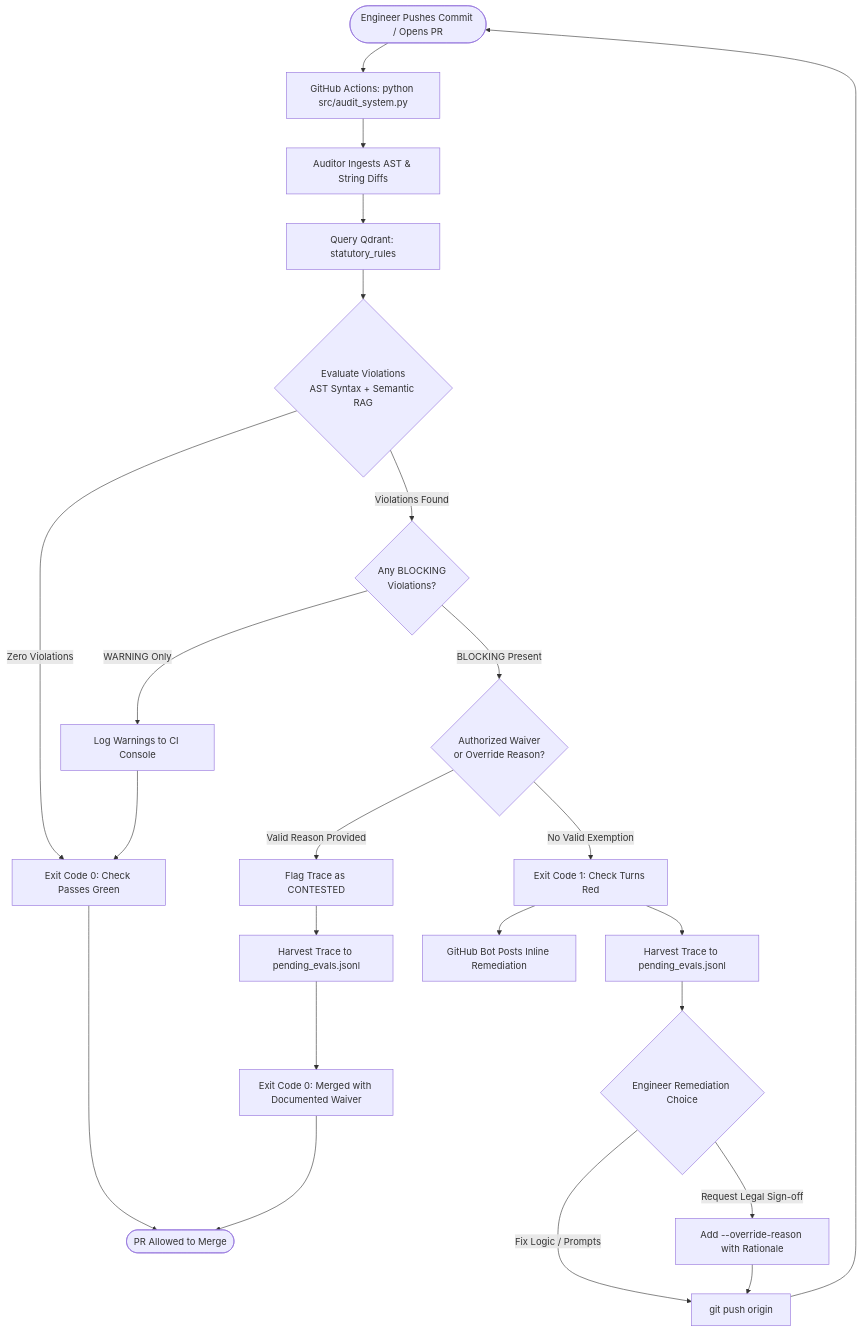
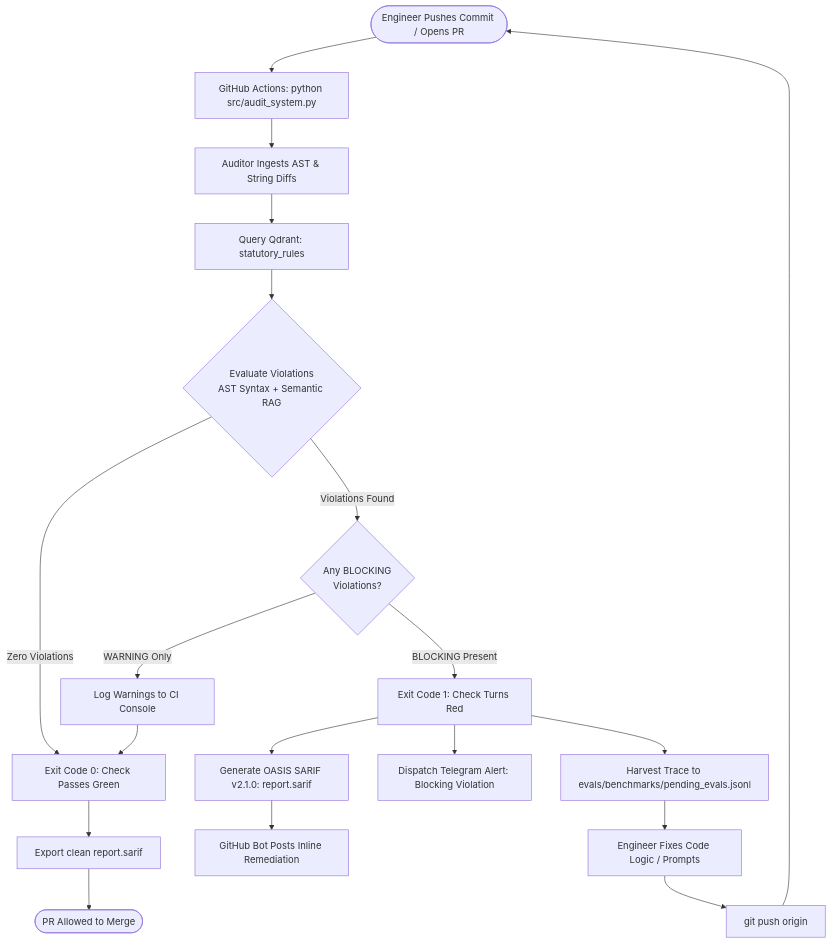
One commit to laxmitesting/ai-safety changed the diagram in docs/DECISION_TREE.md. Above: the diagram before and after it, drawn with Mermaid. The commit also changed 6 other files, not shown here.

````diff
--- a/docs/DECISION_TREE.md
+++ b/docs/DECISION_TREE.md
@@ -11,38 +11,30 @@
 ```mermaid
 flowchart TD
     Start([Engineer Pushes Commit / Opens PR]) --> RunCI[GitHub Actions: python src/audit_system.py]
     
     RunCI --> Ingest[Auditor Ingests AST & String Diffs]
     Ingest --> QueryQdrant[Query Qdrant: statutory_rules]
     QueryQdrant --> HybridEval{Evaluate Violations<br/>AST Syntax + Semantic RAG}
     
     %% Clean Pass
     HybridEval -->|Zero Violations| PassExit[Exit Code 0: Check Passes Green]
-    PassExit --> MergeAllowed([PR Allowed to Merge])
+    PassExit --> ExportCleanSARIF[Export clean report.sarif]
+    ExportCleanSARIF --> MergeAllowed([PR Allowed to Merge])
     
     %% Violations Detected
     HybridEval -->|Violations Found| CheckSeverity{Any BLOCKING<br/>Violations?}
     
     CheckSeverity -->|WARNING Only| WarnLog[Log Warnings to CI Console]
     WarnLog --> PassExit
     
-    CheckSeverity -->|BLOCKING Present| CheckWaiver{Authorized Waiver<br/>or Override Reason?}
+    %% Blocking Failure Branch (No exemptions permitted)
+    CheckSeverity -->|BLOCKING Present| BlockMerge[Exit Code 1: Check Turns Red]
+    BlockMerge --> GenSarif[Generate OASIS SARIF v2.1.0: report.sarif]
+    GenSarif --> PostComment[GitHub Bot Posts Inline Remediation]
+    BlockMerge --> DispatchTG[Dispatch Telegram Alert: Blocking Violation]
+    BlockMerge --> HarvestFail[Harvest Trace to evals/benchmarks/pending_evals.jsonl]
     
-    %% Waiver / Override Branch
-    CheckWaiver -->|Valid Reason Provided| ContestedPass[Flag Trace as CONTESTED]
-    ContestedPass --> HarvestWaiver[Harvest Trace to pending_evals.jsonl]
-    HarvestWaiver --> OverrideExit[Exit Code 0: Merged with Documented Waiver]
-    OverrideExit --> MergeAllowed
-    
-    %% Blocking Failure Branch
-    CheckWaiver -->|No Valid Exemption| BlockMerge[Exit Code 1: Check Turns Red]
-    BlockMerge --> PostComment[GitHub Bot Posts Inline Remediation]
-    BlockMerge --> HarvestFail[Harvest Trace to pending_evals.jsonl]
-    HarvestFail --> EngAction{Engineer Remediation Choice}
-    
-    EngAction -->|Fix Logic / Prompts| PushFix[git push origin]
+    HarvestFail --> EngAction[Engineer Fixes Code Logic / Prompts]
+    EngAction --> PushFix[git push origin]
     PushFix --> Start
-    
-    EngAction -->|Request Legal Sign-off| RequestWaiver[Add --override-reason with Rationale]
-    RequestWaiver --> PushFix
 ```
````
